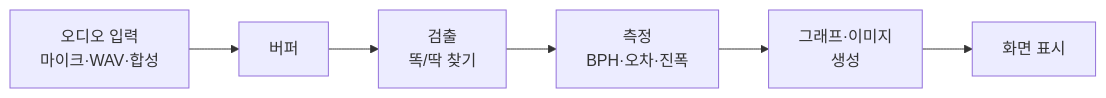
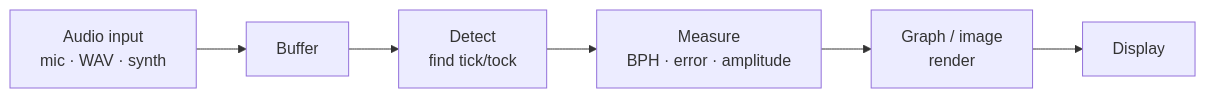
Before and after one commit to Jae-hong-5/tg-dotnet: the second of 4 diagrams in README.md, drawn with Mermaid. The commit also changed other lines of this file and 1 other file, not shown here.

````diff
--- a/README.md
+++ b/README.md
@@ -181,8 +187,8 @@
 ```mermaid
 flowchart LR
-    A["오디오 입력<br/>마이크·WAV·합성"] --> B["버퍼"]
-    B --> C["검출<br/>똑/딱 찾기"]
-    C --> D["측정<br/>BPH·오차·진폭"]
-    D --> E["그래프·이미지<br/>생성"]
-    E --> F["화면 표시"]
+    A["Audio input<br/>mic · WAV · synth"] --> B["Buffer"]
+    B --> C["Detect<br/>find tick/tock"]
+    C --> D["Measure<br/>BPH · error · amplitude"]
+    D --> E["Graph / image<br/>render"]
+    E --> F["Display"]
 ```
````
